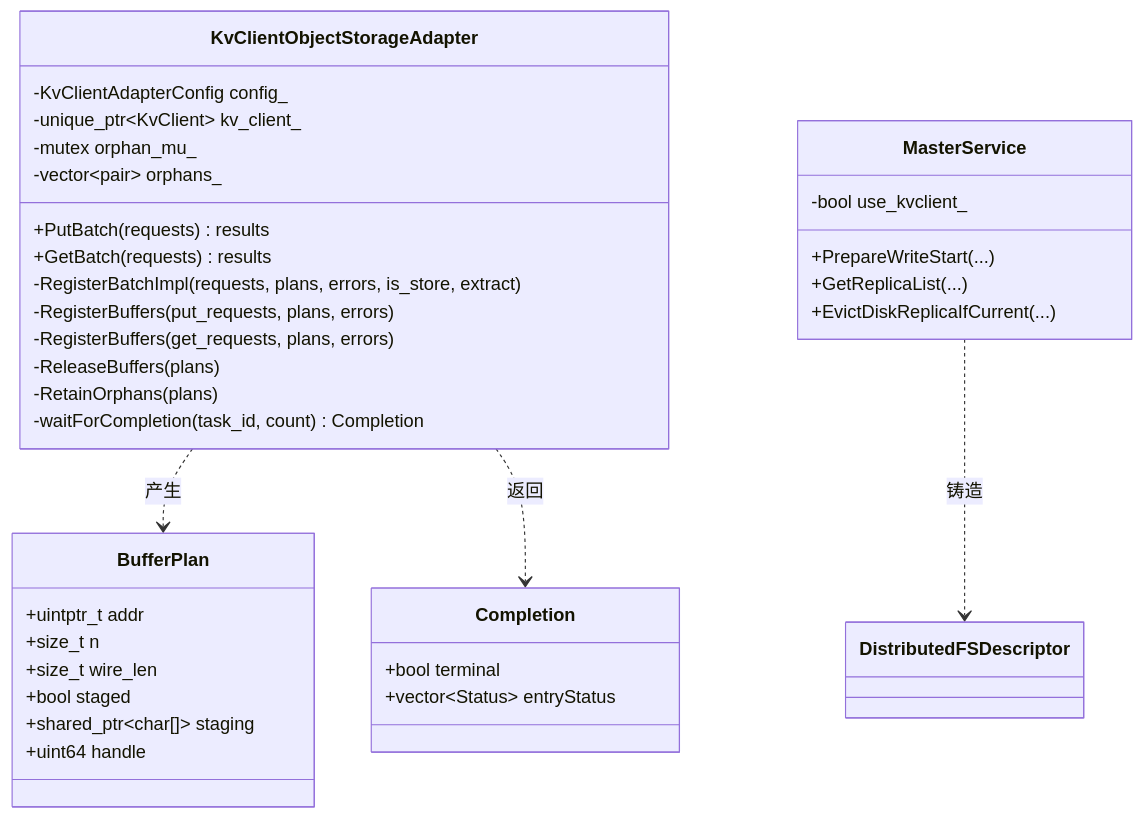
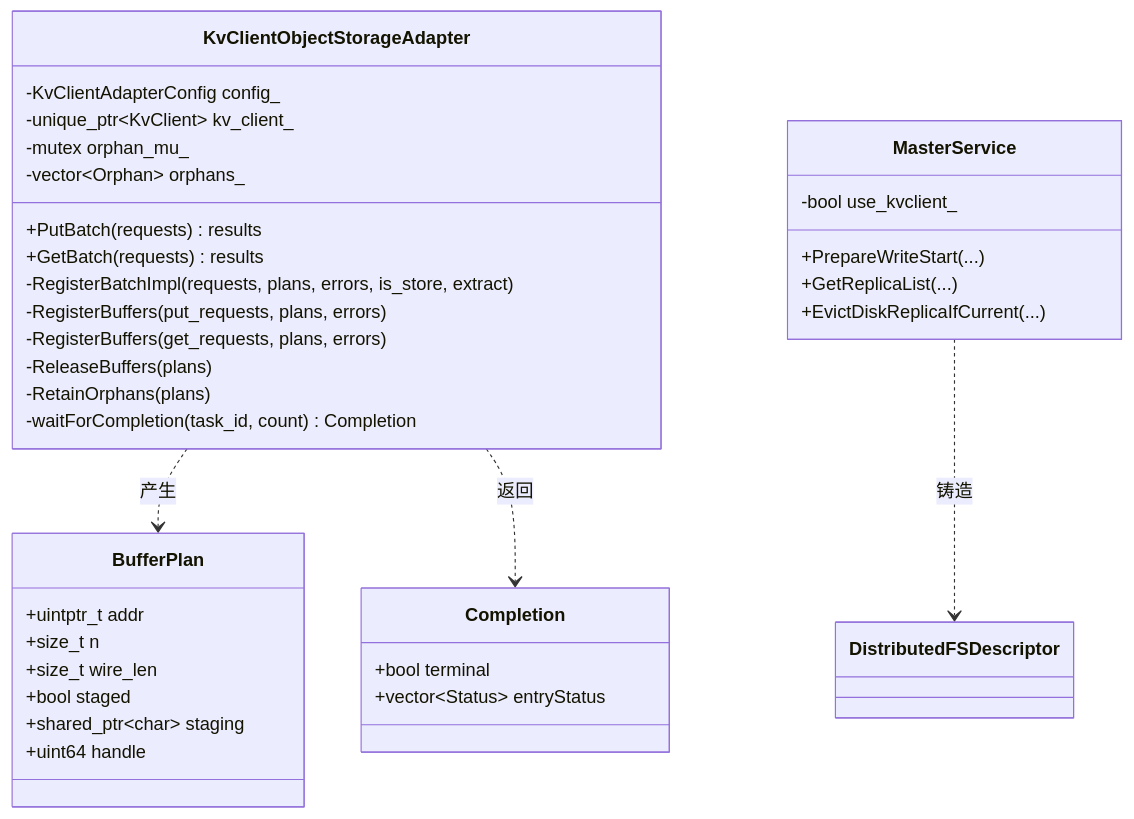
One commit to zwj20000328-dotcom/Mooncake-documents changed the fourth of 9 diagrams in Mooncake + KVClient L3 接入（Kvcs）- PR 实施设计.md. Above: the diagram before and after it, drawn with Mermaid. The commit also changed other lines of this file, not shown here.

Commit message:
docs: fix mermaid class diagram syntax

````diff
--- a/Mooncake + KVClient L3 接入（Kvcs）- PR 实施设计.md
+++ b/Mooncake + KVClient L3 接入（Kvcs）- PR 实施设计.md
@@ -403,44 +405,44 @@
 ```mermaid
 classDiagram
     direction TB
 
     class BufferPlan {
         +uintptr_t addr
         +size_t n
         +size_t wire_len
         +bool staged
-        +shared_ptr~char[]~ staging
+        +shared_ptr~char~ staging
         +uint64 handle
     }
 
     class Completion {
         +bool terminal
         +vector~Status~ entryStatus
     }
 
     class KvClientObjectStorageAdapter {
         -KvClientAdapterConfig config_
         -unique_ptr~KvClient~ kv_client_
         -mutex orphan_mu_
-        -vector~pair~ orphans_
+        -vector~Orphan~ orphans_
         +PutBatch(requests) results
         +GetBatch(requests) results
         -RegisterBatchImpl(requests, plans, errors, is_store, extract)
         -RegisterBuffers(put_requests, plans, errors)
         -RegisterBuffers(get_requests, plans, errors)
         -ReleaseBuffers(plans)
         -RetainOrphans(plans)
         -waitForCompletion(task_id, count) Completion
     }
 
     class MasterService {
         -bool use_kvclient_
         +PrepareWriteStart(...)
         +GetReplicaList(...)
         +EvictDiskReplicaIfCurrent(...)
     }
 
     KvClientObjectStorageAdapter ..> BufferPlan : 产生
     KvClientObjectStorageAdapter ..> Completion : 返回
     MasterService ..> DistributedFSDescriptor : 铸造
 ```
````
